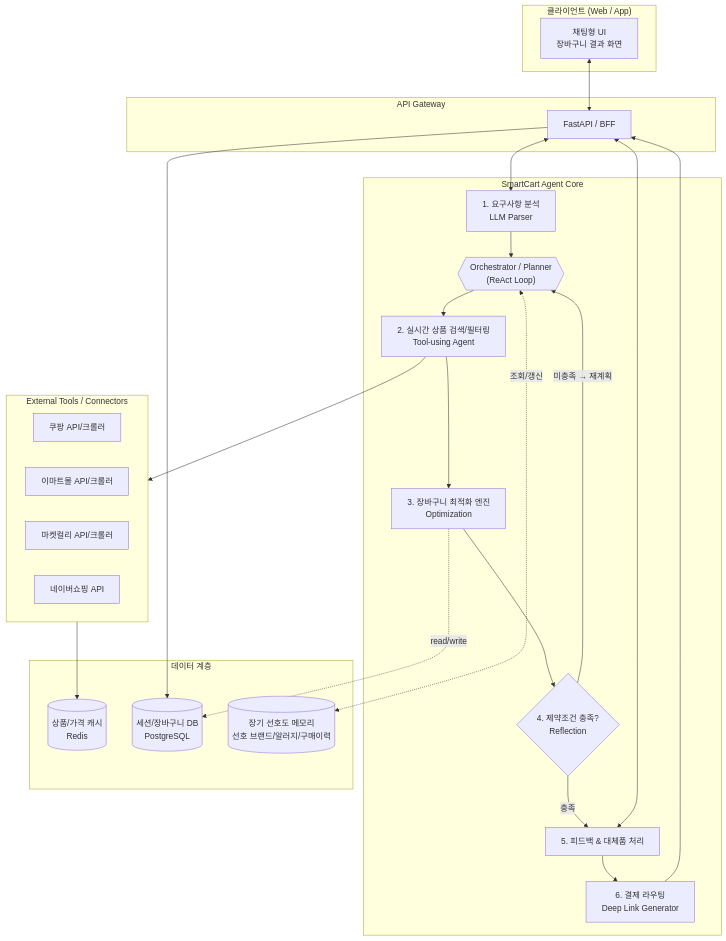
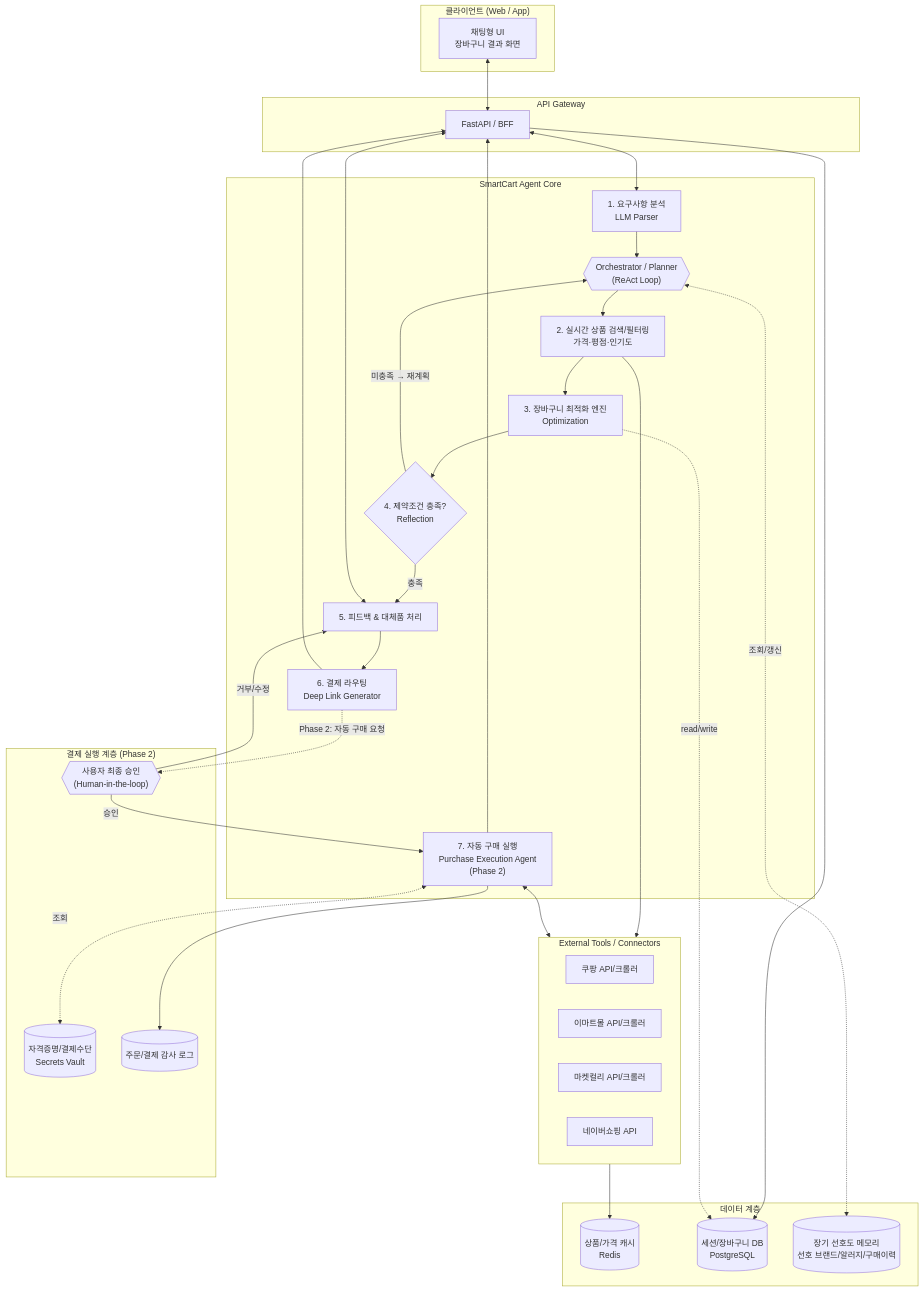
Before and after one commit to ace19-dev/SmartCart_Agent: the third of 4 diagrams in README.md, drawn with Mermaid. The commit also changed other lines of this file and 10 other files, not shown here.

First line of the commit message:
Add agent guides and architecture diagrams for grocery agent design

````diff
--- a/README.md
+++ b/README.md
@@ -48,50 +134,64 @@
 ```mermaid
 flowchart TB
     subgraph Client["클라이언트 (Web / App)"]
         UI[채팅형 UI<br/>장바구니 결과 화면]
     end
 
     subgraph Gateway["API Gateway"]
         GW[FastAPI / BFF]
     end
 
     subgraph Agent["SmartCart Agent Core"]
         Parser[1. 요구사항 분석<br/>LLM Parser]
         Orchestrator{{"Orchestrator / Planner<br/>(ReAct Loop)"}}
-        Search[2. 실시간 상품 검색/필터링<br/>Tool-using Agent]
+        Search[2. 실시간 상품 검색/필터링<br/>가격·평점·인기도]
         Optimizer[3. 장바구니 최적화 엔진<br/>Optimization]
         Reflect{4. 제약조건 충족?<br/>Reflection}
         Feedback[5. 피드백 & 대체품 처리]
         Router[6. 결제 라우팅<br/>Deep Link Generator]
+        Purchase["7. 자동 구매 실행<br/>Purchase Execution Agent<br/>(Phase 2)"]
     end
 
     subgraph Tools["External Tools / Connectors"]
         Coupang[쿠팡 API/크롤러]
         Emart[이마트몰 API/크롤러]
         Kurly[마켓컬리 API/크롤러]
         Naver[네이버쇼핑 API]
+    end
+
+    subgraph Checkout["결제 실행 계층 (Phase 2)"]
+        HITL{{"사용자 최종 승인<br/>(Human-in-the-loop)"}}
+        Vault[(자격증명/결제수단<br/>Secrets Vault)]
+        AuditLog[(주문/결제 감사 로그)]
     end
 
     subgraph Data["데이터 계층"]
         Cache[(상품/가격 캐시<br/>Redis)]
         DB[(세션/장바구니 DB<br/>PostgreSQL)]
         Memory[(장기 선호도 메모리<br/>선호 브랜드/알러지/구매이력)]
     end
 
     UI <--> GW
     GW <--> Parser
     Parser --> Orchestrator
     Orchestrator --> Search
     Search --> Tools
     Tools --> Cache
     Search --> Optimizer
     Optimizer --> Reflect
     Reflect -- "미충족 → 재계획" --> Orchestrator
     Reflect -- "충족" --> Feedback
     Feedback <--> GW
     Feedback --> Router
     Router --> GW
+    Router -. "Phase 2: 자동 구매 요청" .-> HITL
+    HITL -- "승인" --> Purchase
+    HITL -- "거부/수정" --> Feedback
+    Purchase <--> Tools
+    Purchase <-.조회.-> Vault
+    Purchase --> AuditLog
+    Purchase --> GW
     GW --> DB
     Optimizer -.read/write.-> DB
     Orchestrator <-.조회/갱신.-> Memory
 ```
````
